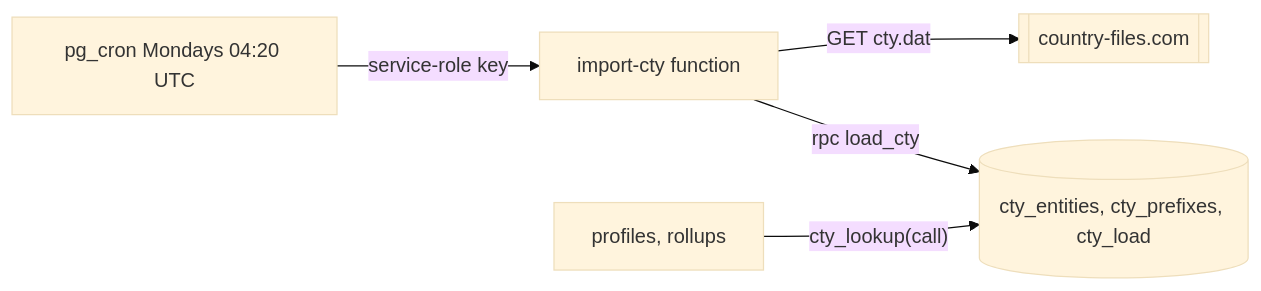
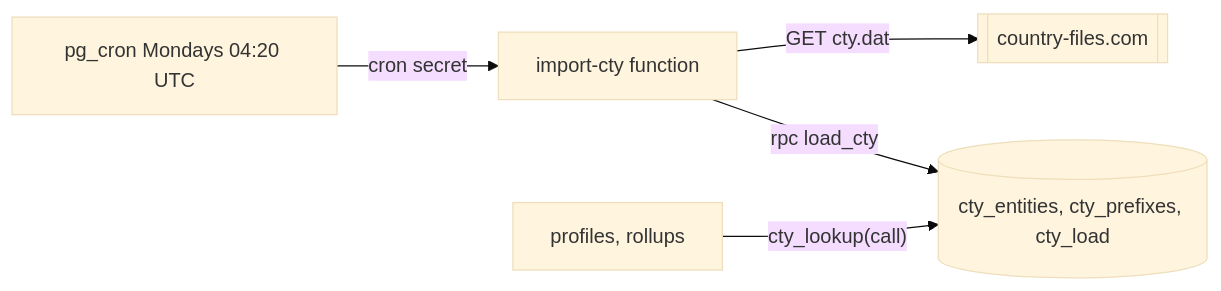
Before and after one commit to johnsonm/longlines: the eighth of 16 diagrams in docs/ARCHITECTURE.md, drawn with Mermaid (base theme). The commit also changed other lines of this file and 19 other files, not shown here.

First line of the commit message:
Keep the service-role key out of pg_net's queue

````diff
--- a/docs/ARCHITECTURE.md
+++ b/docs/ARCHITECTURE.md
@@ -991,7 +994,7 @@
 ```mermaid
 flowchart LR
-  CRON[pg_cron Mondays 04:20 UTC] -- "service-role key" --> F[import-cty function]
+  CRON[pg_cron Mondays 04:20 UTC] -- "cron secret" --> F[import-cty function]
   F -- "GET cty.dat" --> C[[country-files.com]]
   F -- "rpc load_cty" --> T[(cty_entities, cty_prefixes, cty_load)]
   Q[profiles, rollups] -- "cty_lookup(call)" --> T
 ```
````
